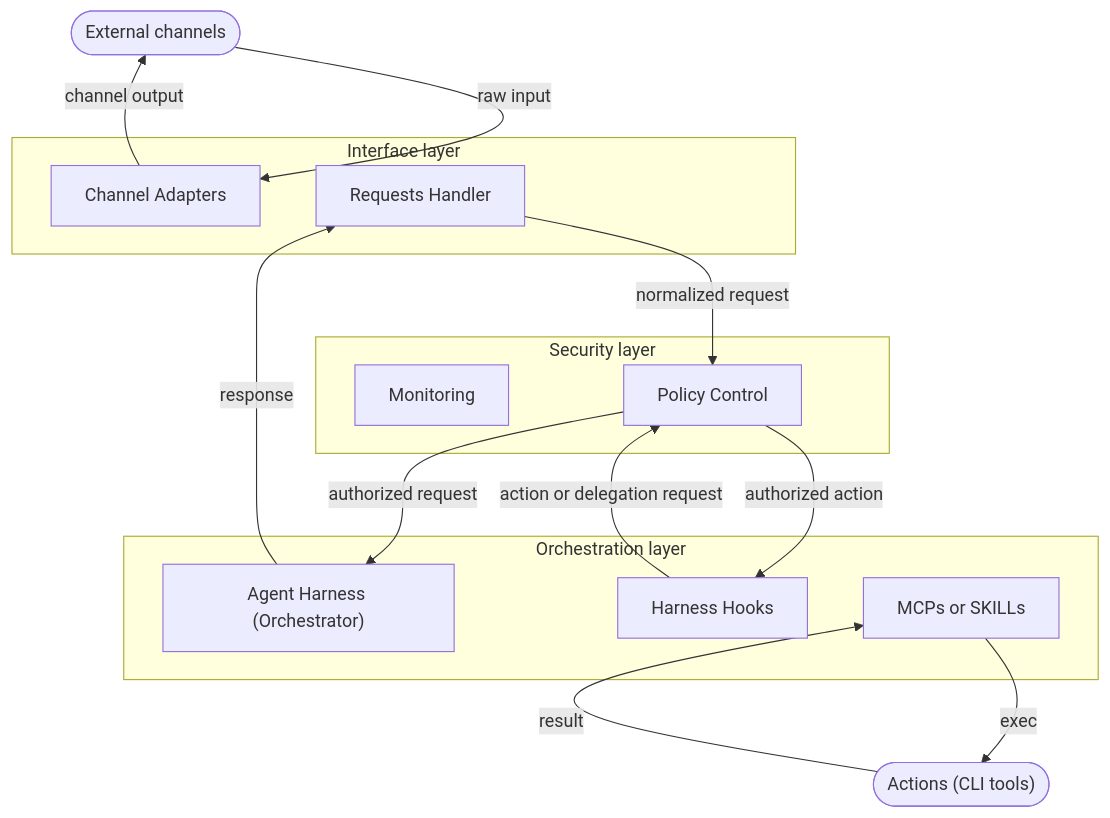
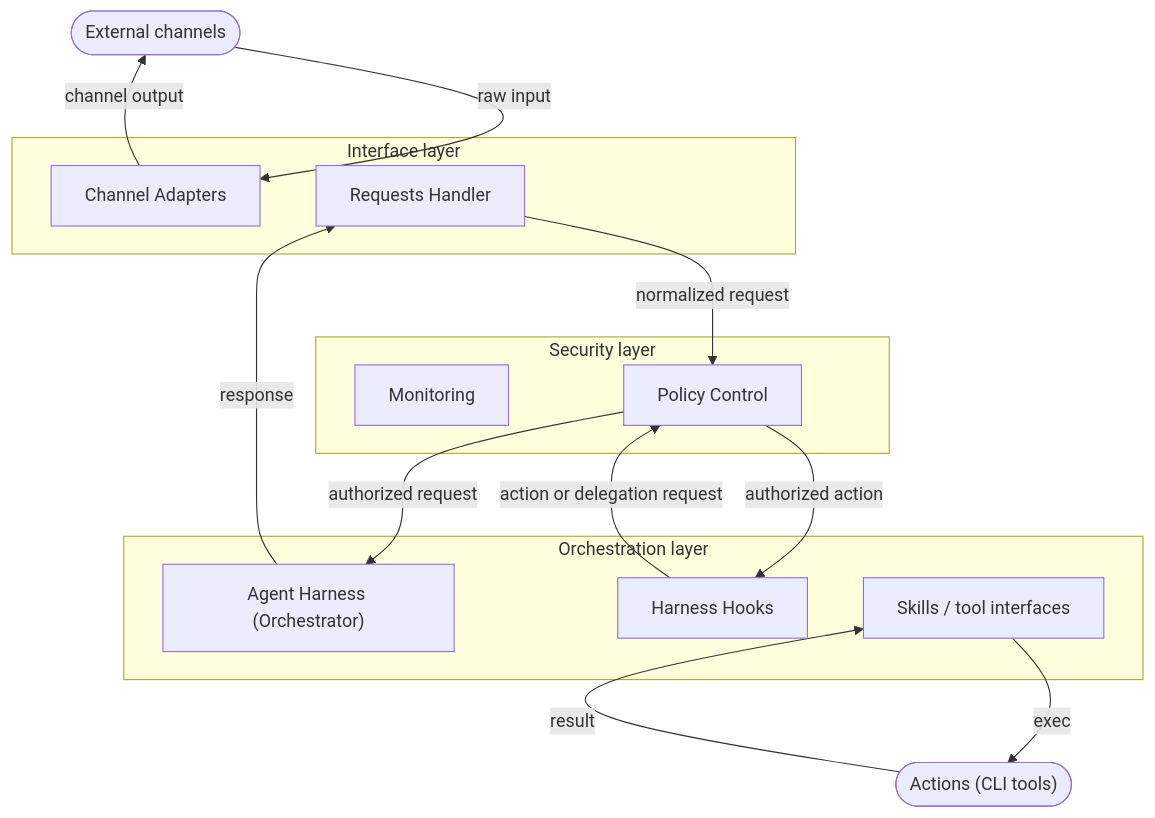
Before and after one commit to aurora-firmware/the-intern: the diagram in project/docs/system_overview.md, drawn with Mermaid. The commit also changed 10 other files, not shown here.

First line of the commit message:
docs(project): reconcile docs with ADR-010/011/012 and archive roadmap

````diff
--- a/project/docs/system_overview.md
+++ b/project/docs/system_overview.md
@@ -86,33 +86,33 @@
 ```mermaid
 flowchart TD
     EC([External channels])
 
     subgraph interface [Interface layer]
         CA[Channel Adapters]
         RH[Requests Handler]
     end
 
     subgraph security [Security layer]
         MON[Monitoring]
         PC[Policy Control]
     end
 
     subgraph orchestration [Orchestration layer]
         AH["Agent Harness (Orchestrator)"]
         AHOOK["Harness Hooks"]
-        MCP["MCPs or SKILLs"]
+        SKILLS["Skills / tool interfaces"]
     end
 
     ACTIONS(["Actions (CLI tools)"])
 
     EC -->|raw input| CA
 
     RH -->|normalized request| PC
     PC -->|authorized request| AH
     AHOOK --> |action or delegation request| PC
     PC -->|authorized action| AHOOK
-    MCP -->|exec| ACTIONS
-    ACTIONS -->|result| MCP
+    SKILLS -->|exec| ACTIONS
+    ACTIONS -->|result| SKILLS
     AH -->|response| RH
     CA -->|channel output| EC
 ```
````
